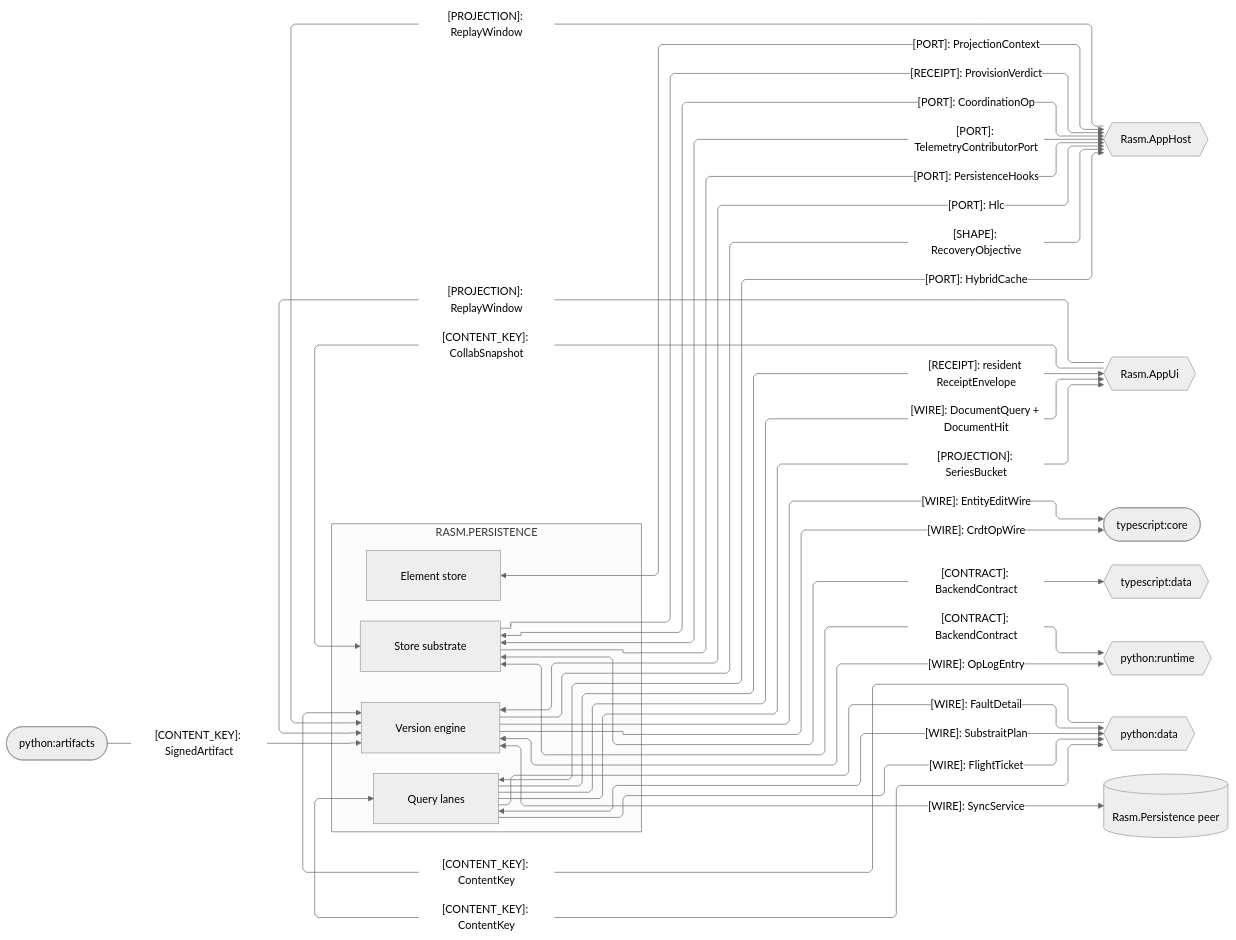
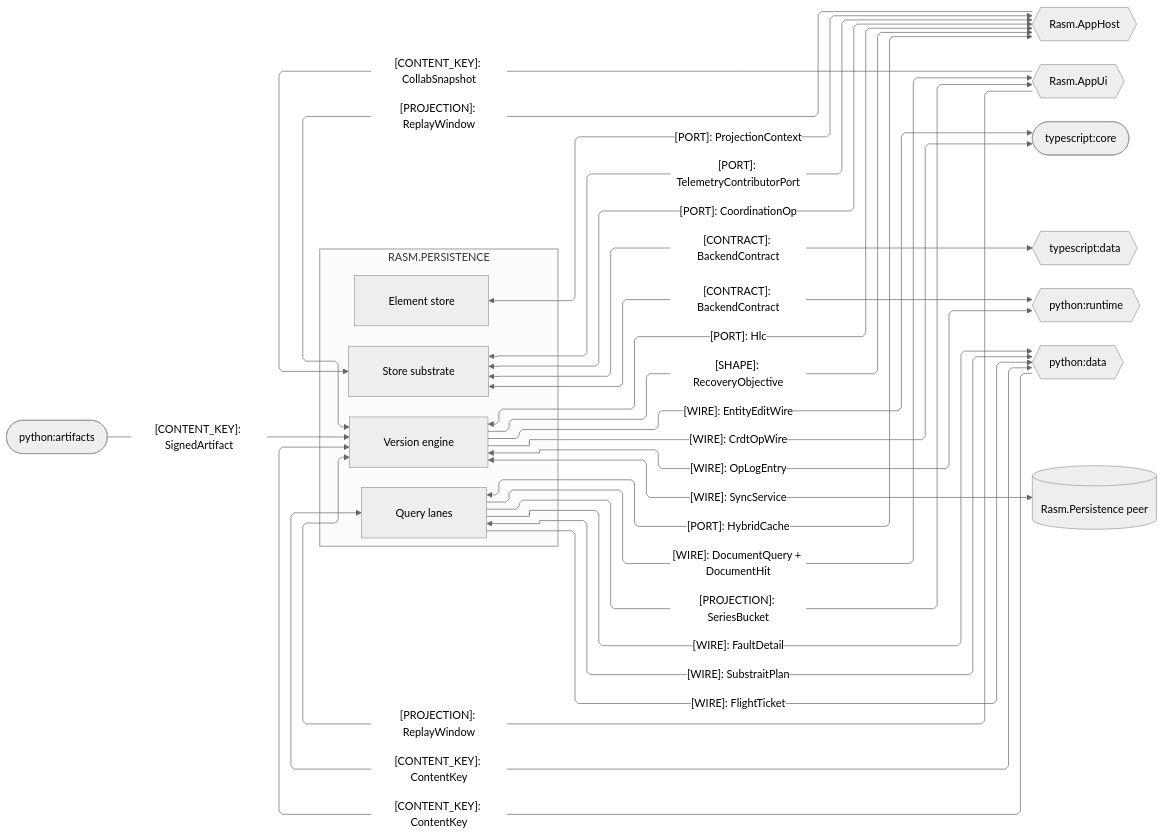
One commit to bsamiee/Rasm changed the third of 4 diagrams in libs/dotnet/Rasm.Persistence/ARCHITECTURE.md. Above: the diagram before and after it, drawn with Mermaid (neutral theme). The commit also changed other lines of this file and 1417 other files, not shown here.

````diff
--- a/libs/dotnet/Rasm.Persistence/ARCHITECTURE.md
+++ b/libs/dotnet/Rasm.Persistence/ARCHITECTURE.md
@@ -168,52 +168,49 @@
 ```mermaid
 ---
 config:
   layout: elk
   flowchart:
     curve: linear
     padding: 25
 ---
 flowchart LR
     accTitle: Persistence platform and cross-runtime seams
     accDescr: Which ports, wires, projections, and keys cross between Persistence's owners, the app platform, and the runtime peers.
     subgraph persistence[RASM.PERSISTENCE]
         Element[Element store]
         Version[Version engine]
         Query[Query lanes]
         Store[Store substrate]
     end
     AppHost{{Rasm.AppHost}}
     AppUi{{Rasm.AppUi}}
     Core([typescript:core])
     TsData{{typescript:data}}
     Runtime{{python:runtime}}
     Data{{python:data}}
     Artifacts([python:artifacts])
     Peer[(Rasm.Persistence peer)]
     Version e2@-->|"[WIRE]: CrdtOpWire"| Core
     Version e3@<-->|"[WIRE]: OpLogEntry"| Runtime
     Artifacts e4@-->|"[CONTENT_KEY]: SignedArtifact"| Version
     Data e5@-->|"[CONTENT_KEY]: ContentKey"| Version
     Query e6@<-->|"[WIRE]: SubstraitPlan"| Data
     Query e7@-->|"[WIRE]: FlightTicket"| Data
     Data e8@<-->|"[CONTENT_KEY]: ContentKey"| Query
     Element e9@<-->|"[PORT]: ProjectionContext"| AppHost
     Version e10@<-->|"[PORT]: Hlc"| AppHost
     Version e25@-->|"[WIRE]: EntityEditWire"| Core
     Query e26@-->|"[WIRE]: FaultDetail"| Data
     Query e11@-->|"[WIRE]: DocumentQuery + DocumentHit"| AppUi
     Query e12@-->|"[PROJECTION]: SeriesBucket"| AppUi
     Version e13@-->|"[SHAPE]: RecoveryObjective"| AppHost
     AppHost e14@-->|"[PROJECTION]: ReplayWindow"| Version
     Query e15@<-->|"[PORT]: HybridCache"| AppHost
     Store e16@<-->|"[PORT]: CoordinationOp"| AppHost
     Store e17@<-->|"[PORT]: TelemetryContributorPort"| AppHost
-    Store e18@-->|"[PORT]: PersistenceHooks"| AppHost
-    Store e19@-->|"[RECEIPT]: ProvisionVerdict"| AppHost
     Store e20@<-->|"[CONTRACT]: BackendContract"| Runtime
     Store e21@<-->|"[CONTRACT]: BackendContract"| TsData
     AppUi e22@-->|"[PROJECTION]: ReplayWindow"| Version
     AppUi e23@-->|"[CONTENT_KEY]: CollabSnapshot"| Store
-    Query e24@-->|"[RECEIPT]: resident ReceiptEnvelope"| AppUi
     Version e27@<-->|"[WIRE]: SyncService"| Peer
 ```
````
